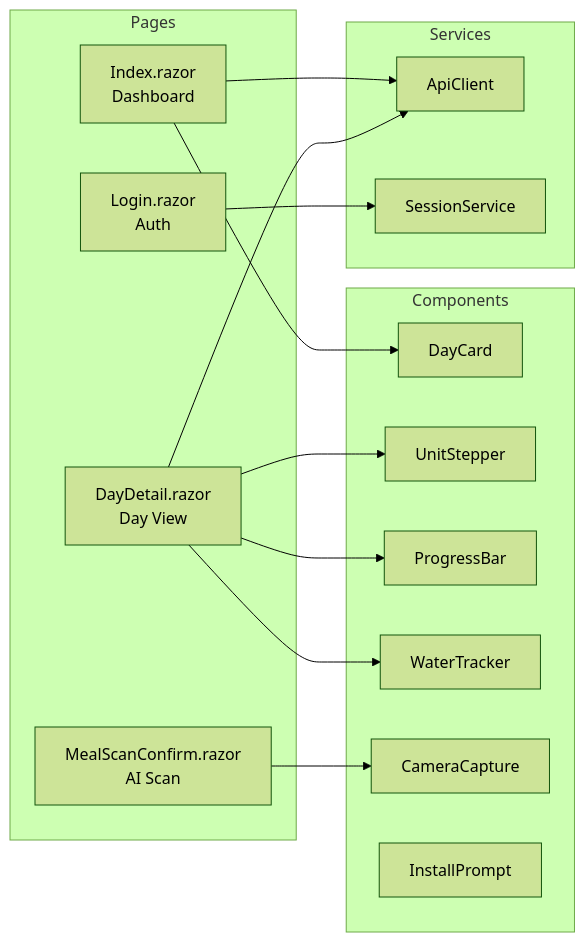
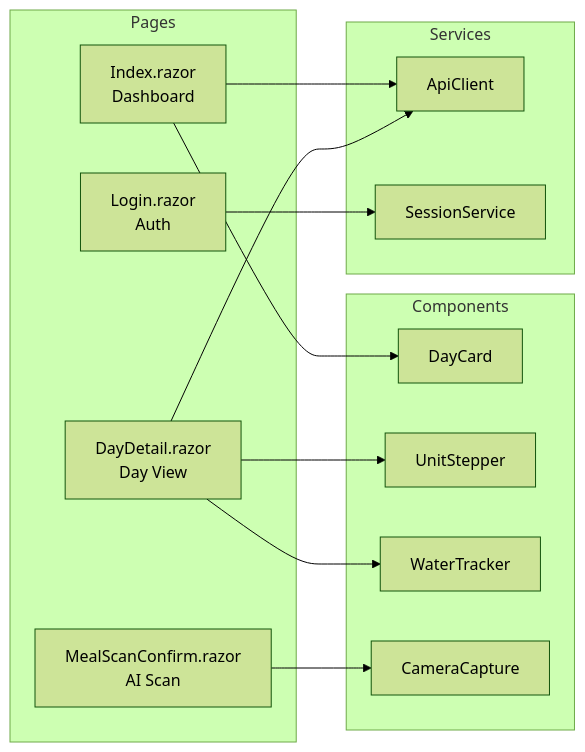
One commit to punkouter26/PoNovaWeight changed the second of 9 diagrams in docs/architecture.md. Above: the diagram before and after it, drawn with Mermaid (forest theme). The commit also changed 50 other files, not shown here.

````diff
--- a/docs/architecture.md
+++ b/docs/architecture.md
@@ -67,32 +67,29 @@
 ```mermaid
 graph LR
     subgraph Pages
         Dashboard["Index.razor<br/>Dashboard"]
         DayDetail["DayDetail.razor<br/>Day View"]
         Login["Login.razor<br/>Auth"]
         MealScan["MealScanConfirm.razor<br/>AI Scan"]
     end
 
     subgraph Components
         DayCard["DayCard"]
         UnitStepper["UnitStepper"]
-        ProgressBar["ProgressBar"]
         WaterTracker["WaterTracker"]
         CameraCapture["CameraCapture"]
-        InstallPrompt["InstallPrompt"]
     end
 
     subgraph Services
         ApiClient["ApiClient"]
         SessionService["SessionService"]
     end
 
     Dashboard --> DayCard
     DayDetail --> UnitStepper
-    DayDetail --> ProgressBar
     DayDetail --> WaterTracker
     MealScan --> CameraCapture
     Dashboard --> ApiClient
     DayDetail --> ApiClient
     Login --> SessionService
 ```
````
